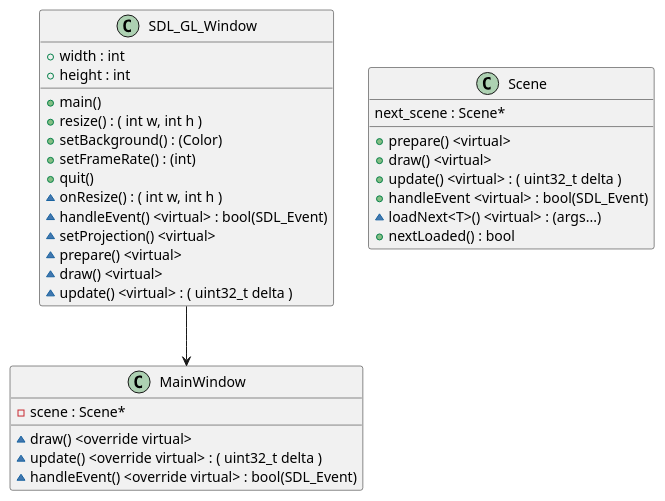
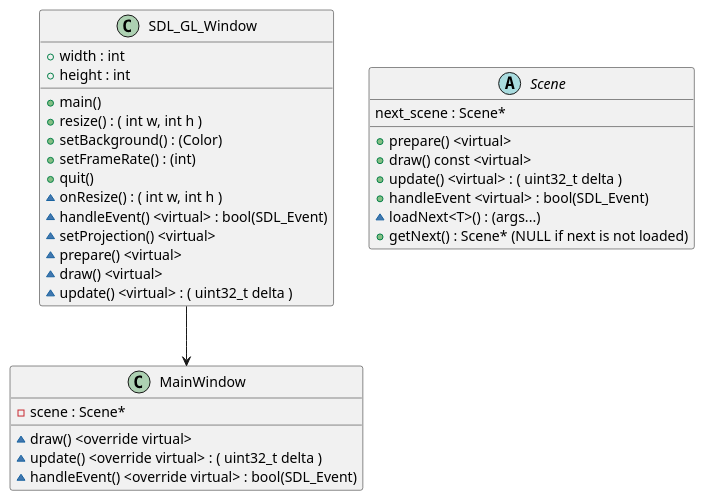
The diagram in doc/View_Class.pu (westfence105/rise_and_fall_rt), drawn with PlantUML before and after one commit. The commit also changed 4 other files, not shown here.

```diff
--- a/doc/View_Class.pu
+++ b/doc/View_Class.pu
@@ -1,34 +1,34 @@
 class SDL_GL_Window {
   +main()
   +width : int
   +height : int
   +resize() : ( int w, int h )
   +setBackground() : (Color)
   +setFrameRate() : (int)
   +quit()
   ~onResize() : ( int w, int h )
   ~handleEvent() <virtual> : bool(SDL_Event)
   ~setProjection() <virtual>
   ~prepare() <virtual>
   ~draw() <virtual>
   ~update() <virtual> : ( uint32_t delta )
 }
 
 SDL_GL_Window -down-> MainWindow
 
 class MainWindow {
   ~draw() <override virtual>
   ~update() <override virtual> : ( uint32_t delta )
   ~handleEvent() <override virtual> : bool(SDL_Event)
   -scene : Scene*
 }
 
-class Scene {
+abstract Scene {
   +prepare() <virtual>
-  +draw() <virtual>
+  +draw() const <virtual>
   +update() <virtual> : ( uint32_t delta )
   +handleEvent <virtual> : bool(SDL_Event)
   next_scene : Scene*
-  ~loadNext<T>() <virtual> : (args...)
-  +nextLoaded() : bool
+  ~loadNext<T>() : (args...)
+  +getNext() : Scene* (NULL if next is not loaded)
 }
```
